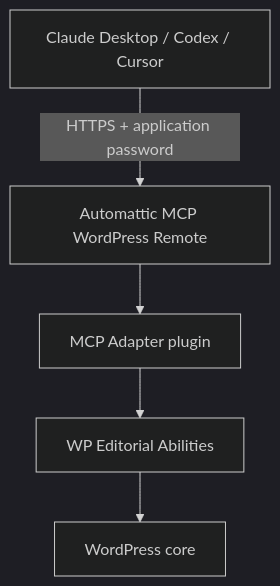
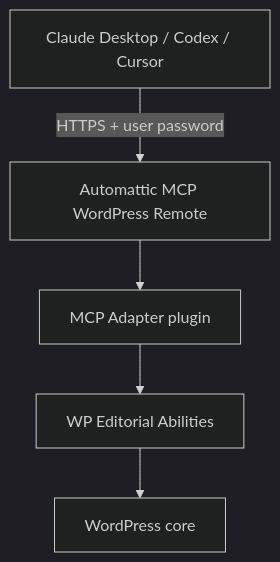
The diagram in README.md (BlackBoxVision/wp-editorial-abilities), drawn with Mermaid (dark theme) before and after one commit. The commit also changed other lines of this file, not shown here.

````diff
--- a/README.md
+++ b/README.md
@@ -40,13 +40,13 @@
 ```mermaid
 flowchart TB
   mcpClient["Claude Desktop / Codex / Cursor"]
   remoteBridge["Automattic MCP WordPress Remote"]
   mcpAdapter["MCP Adapter plugin"]
   editorialAbilities["WP Editorial Abilities"]
   wordpress["WordPress core"]
 
-  mcpClient -->|"HTTPS + application password"| remoteBridge
+  mcpClient -->|"HTTPS + user password"| remoteBridge
   remoteBridge --> mcpAdapter
   mcpAdapter --> editorialAbilities
   editorialAbilities --> wordpress
 ```
````
